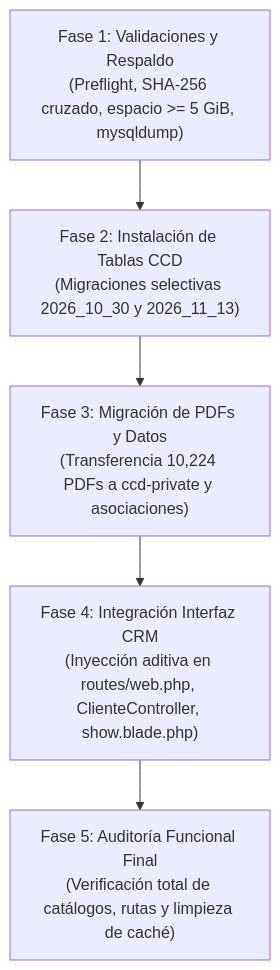
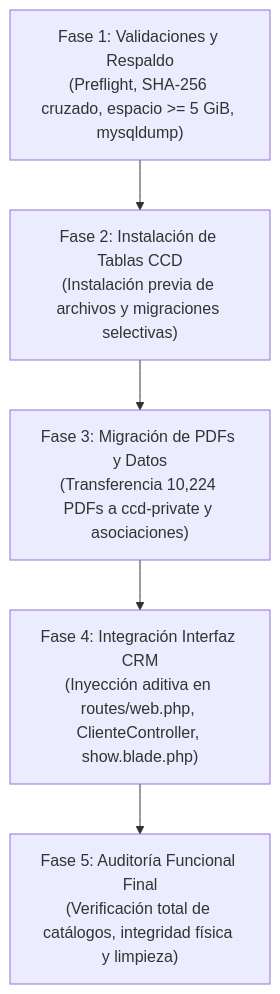
One commit to ilustroc/kpinvest-crm-app changed the diagram in informe_migracion_produccion_ccd_v6.md. Above: the diagram before and after it, drawn with Mermaid. The commit also changed other lines of this file and 3 other files, not shown here.

Commit message:
fix(ccd): corregir orden de migraciones, claves de esquema y contrato de auditoria v6.2.1

````diff
--- a/informe_migracion_produccion_ccd_v6.md
+++ b/informe_migracion_produccion_ccd_v6.md
@@ -95,7 +107,7 @@
 ```mermaid
 flowchart TD
-    Fase1["Fase 1: Validaciones y Respaldo<br/>(Preflight, SHA-256 cruzado, espacio >= 5 GiB, mysqldump)"] --> Fase2["Fase 2: Instalación de Tablas CCD<br/>(Migraciones selectivas 2026_10_30 y 2026_11_13)"]
+    Fase1["Fase 1: Validaciones y Respaldo<br/>(Preflight, SHA-256 cruzado, espacio >= 5 GiB, mysqldump)"] --> Fase2["Fase 2: Instalación de Tablas CCD<br/>(Instalación previa de archivos y migraciones selectivas)"]
     Fase2 --> Fase3["Fase 3: Migración de PDFs y Datos<br/>(Transferencia 10,224 PDFs a ccd-private y asociaciones)"]
     Fase3 --> Fase4["Fase 4: Integración Interfaz CRM<br/>(Inyección aditiva en routes/web.php, ClienteController, show.blade.php)"]
-    Fase4 --> Fase5["Fase 5: Auditoría Funcional Final<br/>(Verificación total de catálogos, rutas y limpieza de caché)"]
+    Fase4 --> Fase5["Fase 5: Auditoría Funcional Final<br/>(Verificación total de catálogos, integridad física y limpieza)"]
 ```
````
